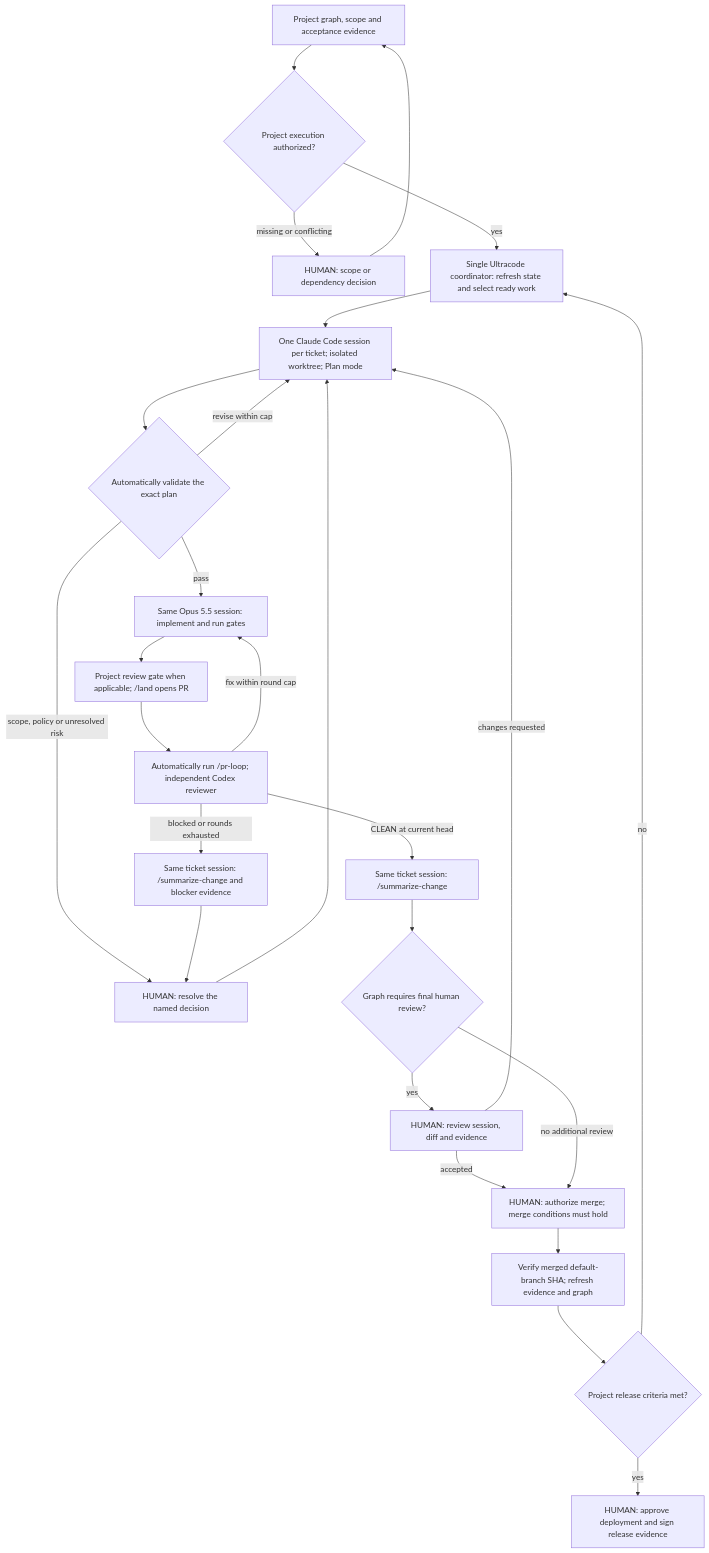
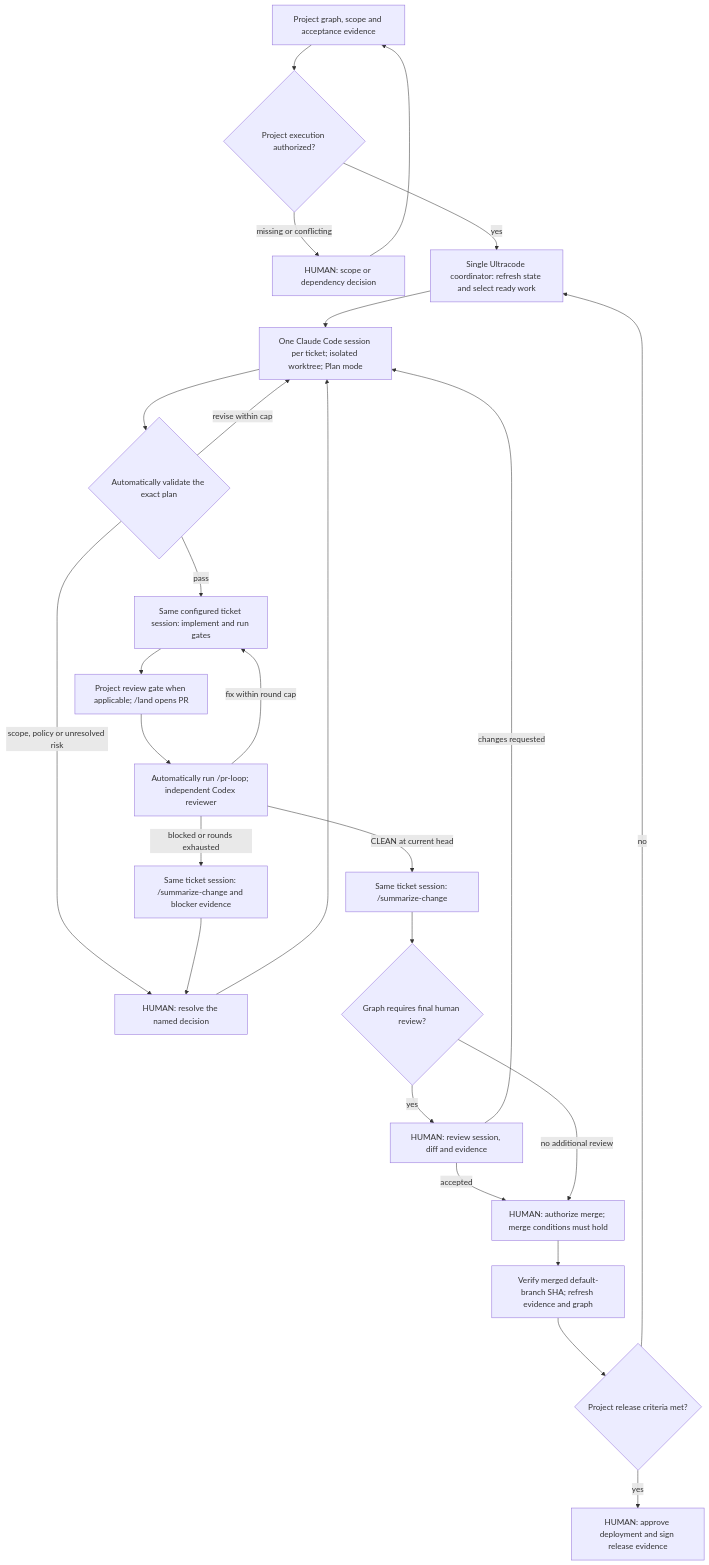
Before and after one commit to khalilouardini/kstack: the second of 2 diagrams in ORCHESTRATION.md, drawn with Mermaid. The commit also changed other lines of this file and 22 other files, not shown here.

Commit message:
fix: enforce orchestration roadmap handoff boundaries

````diff
--- a/ORCHESTRATION.md
+++ b/ORCHESTRATION.md
@@ -56,28 +61,28 @@
 ```mermaid
 flowchart TD
   ROOT["Project graph, scope and acceptance evidence"] --> ADMIT{"Project execution authorized?"}
   ADMIT -->|missing or conflicting| SCOPE["HUMAN: scope or dependency decision"]
   SCOPE --> ROOT
   ADMIT -->|yes| NEXT["Single Ultracode coordinator: refresh state and select ready work"]
   NEXT --> SESSION["One Claude Code session per ticket; isolated worktree; Plan mode"]
   SESSION --> VALIDATE{"Automatically validate the exact plan"}
   VALIDATE -->|revise within cap| SESSION
   VALIDATE -->|scope, policy or unresolved risk| QUESTION["HUMAN: resolve the named decision"]
   QUESTION --> SESSION
-  VALIDATE -->|pass| BUILD["Same Opus 5.5 session: implement and run gates"]
+  VALIDATE -->|pass| BUILD["Same configured ticket session: implement and run gates"]
   BUILD --> LAND["Project review gate when applicable; /land opens PR"]
   LAND --> REVIEW["Automatically run /pr-loop; independent Codex reviewer"]
   REVIEW -->|fix within round cap| BUILD
   REVIEW -->|blocked or rounds exhausted| BRIEFSTOP["Same ticket session: /summarize-change and blocker evidence"]
   BRIEFSTOP --> QUESTION
   REVIEW -->|CLEAN at current head| BRIEF["Same ticket session: /summarize-change"]
   BRIEF --> RISK{"Graph requires final human review?"}
   RISK -->|yes| HUMAN["HUMAN: review session, diff and evidence"]
   HUMAN -->|changes requested| SESSION
   HUMAN -->|accepted| MERGE["HUMAN: authorize merge; merge conditions must hold"]
   RISK -->|no additional review| MERGE
   MERGE --> VERIFY["Verify merged default-branch SHA; refresh evidence and graph"]
   VERIFY --> DONE{"Project release criteria met?"}
   DONE -->|no| NEXT
   DONE -->|yes| RELEASE["HUMAN: approve deployment and sign release evidence"]
 ```
````
